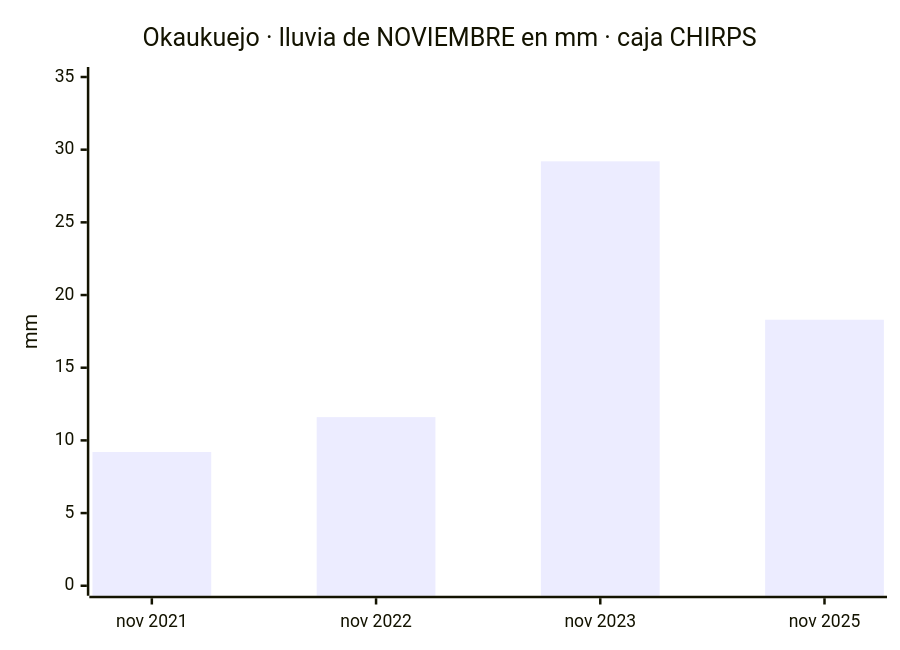
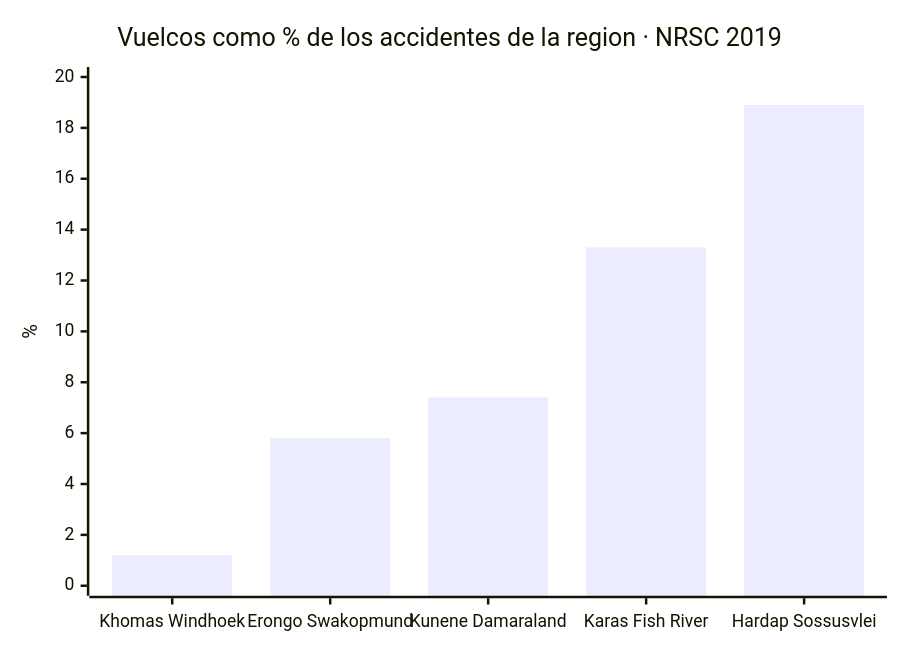
The fifth of 10 diagrams in README.md (morandeirachema/namibia), drawn with Mermaid before and after one commit. The commit also changed other lines of this file, not shown here.

````diff
--- a/README.md
+++ b/README.md
@@ -114,7 +136,7 @@
 ```mermaid
 xychart-beta
-    title "Okaukuejo · lluvia de NOVIEMBRE en mm · caja CHIRPS"
-    x-axis ["nov 2021", "nov 2022", "nov 2023", "nov 2025"]
-    y-axis "mm" 0 --> 35
-    bar [9.2, 11.6, 29.2, 18.3]
+    title "Vuelcos como % de los accidentes de la region · NRSC 2019"
+    x-axis ["Khomas Windhoek", "Erongo Swakopmund", "Kunene Damaraland", "Karas Fish River", "Hardap Sossusvlei"]
+    y-axis "%" 0 --> 20
+    bar [1.2, 5.8, 7.4, 13.3, 18.9]
 ```
````
